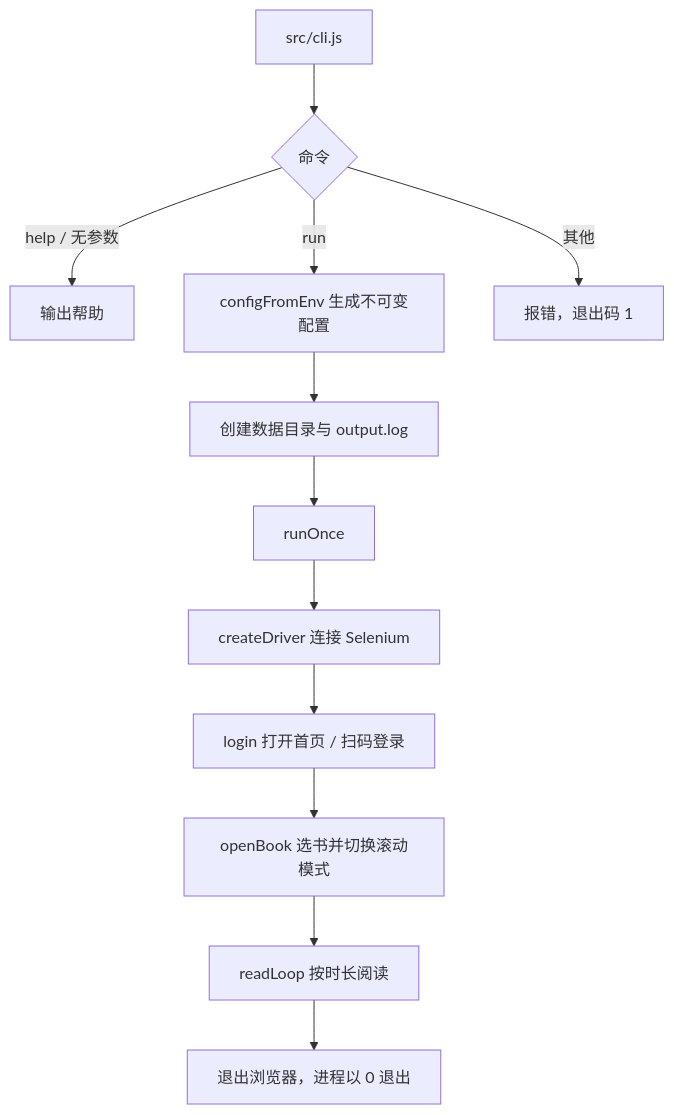
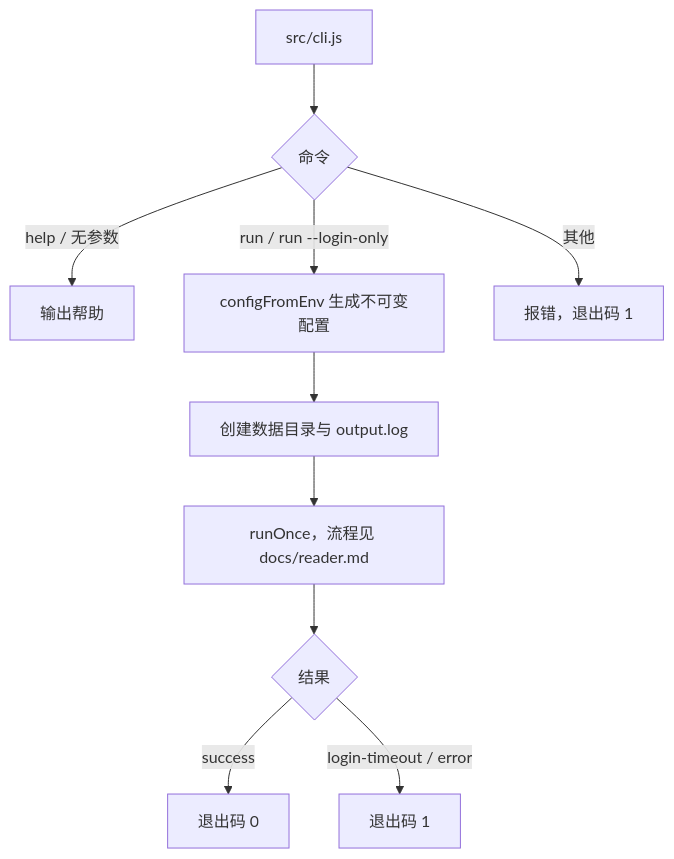
The diagram in docs/cli.md (lonemoonspace/Weread-Assistant), drawn with Mermaid before and after one commit. The commit also changed other lines of this file and 27 other files, not shown here.

````diff
--- a/docs/cli.md
+++ b/docs/cli.md
@@ -28,14 +33,12 @@
 ```mermaid
 flowchart TD
   A[src/cli.js] --> B{命令}
   B -->|help / 无参数| C[输出帮助]
-  B -->|run| D[configFromEnv 生成不可变配置]
+  B -->|run / run --login-only| D[configFromEnv 生成不可变配置]
   D --> E[创建数据目录与 output.log]
-  E --> F[runOnce]
-  F --> G[createDriver 连接 Selenium]
-  G --> H[login 打开首页 / 扫码登录]
-  H --> I[openBook 选书并切换滚动模式]
-  I --> J[readLoop 按时长阅读]
-  J --> K[退出浏览器，进程以 0 退出]
+  E --> F[runOnce，流程见 docs/reader.md]
+  F --> K{结果}
+  K -->|success| M[退出码 0]
+  K -->|login-timeout / error| N[退出码 1]
   B -->|其他| L[报错，退出码 1]
 ```
````
